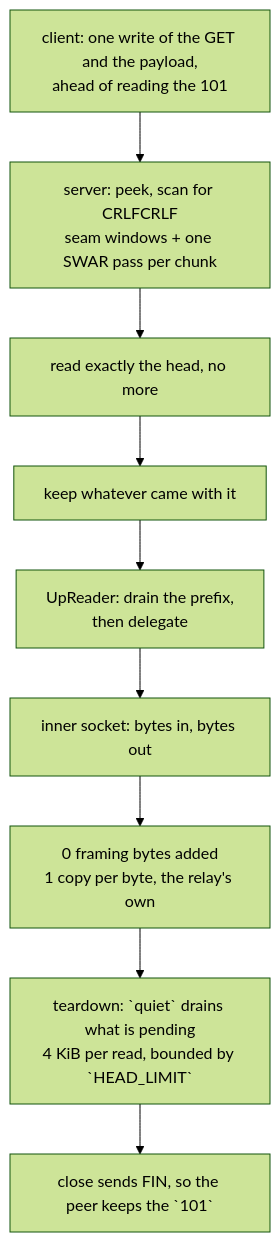
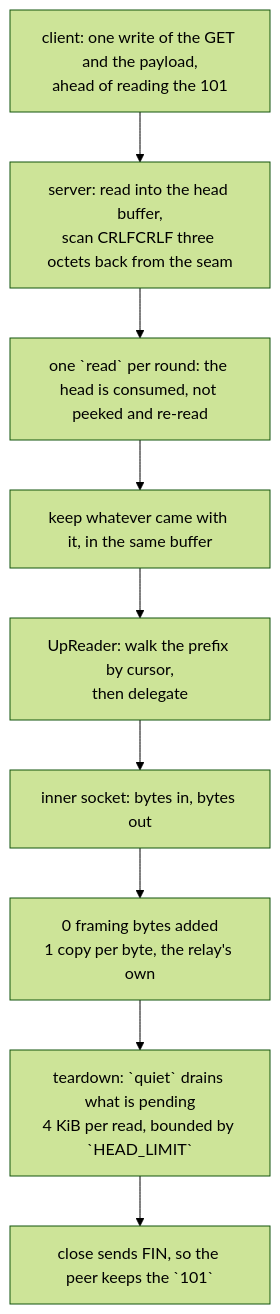
One commit to Ferrocite/ferrox changed the diagram in docs/function/carrier-httpupgrade.md. Above: the diagram before and after it, drawn with Mermaid (forest theme). The commit also changed other lines of this file and 5 other files, not shown here.

````diff
--- a/docs/function/carrier-httpupgrade.md
+++ b/docs/function/carrier-httpupgrade.md
@@ -54,11 +55,11 @@
 ```mermaid
 graph TD
-    C["client: one write of the GET and the payload,<br/>ahead of reading the 101"] --> S["server: peek, scan for CRLFCRLF<br/>seam windows + one SWAR pass per chunk"]
-    S --> R["read exactly the head, no more"]
-    R --> P["keep whatever came with it"]
-    P --> X["UpReader: drain the prefix,<br/>then delegate"]
+    C["client: one write of the GET and the payload,<br/>ahead of reading the 101"] --> S["server: read into the head buffer,<br/>scan CRLFCRLF three octets back from the seam"]
+    S --> R["one `read` per round: the head is consumed, not peeked and re-read"]
+    R --> P["keep whatever came with it, in the same buffer"]
+    P --> X["UpReader: walk the prefix by cursor,<br/>then delegate"]
     X --> B["inner socket: bytes in, bytes out"]
     B --> Z["0 framing bytes added<br/>1 copy per byte, the relay's own"]
     Z --> Q["teardown: `quiet` drains what is pending<br/>4 KiB per read, bounded by `HEAD_LIMIT`"]
     Q --> F["close sends FIN, so the peer keeps the `101`"]
 ```
````
